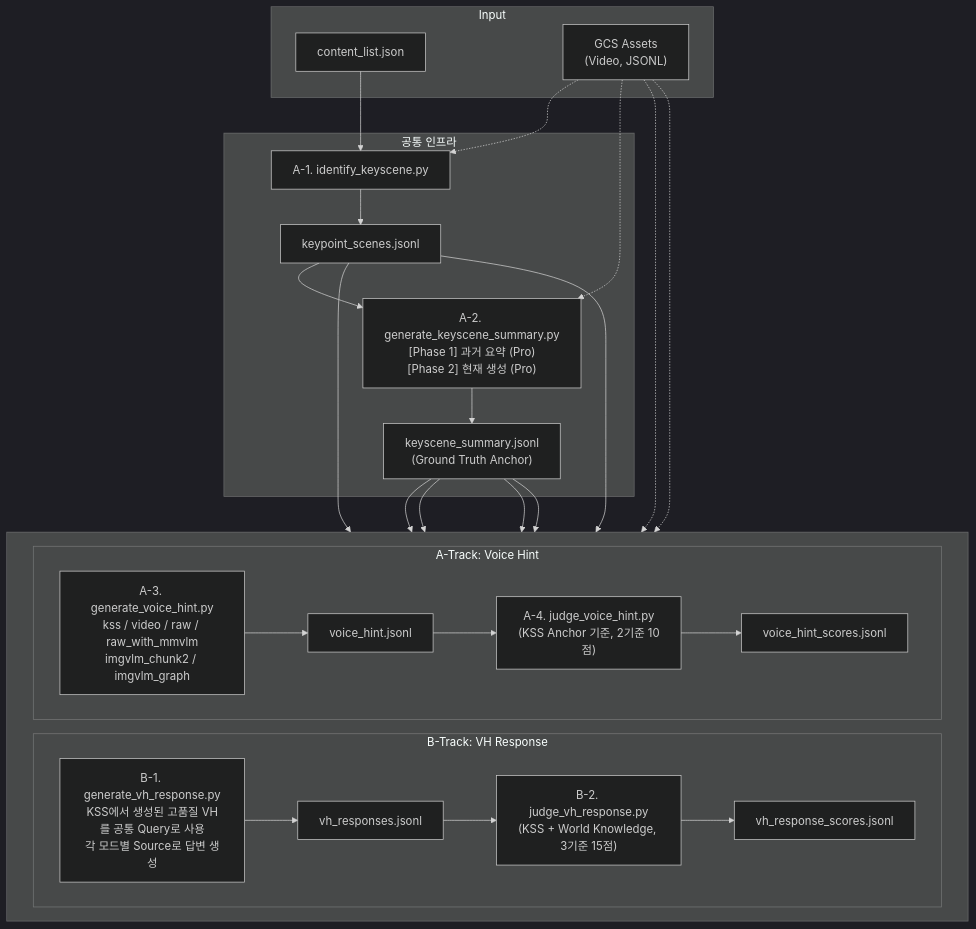
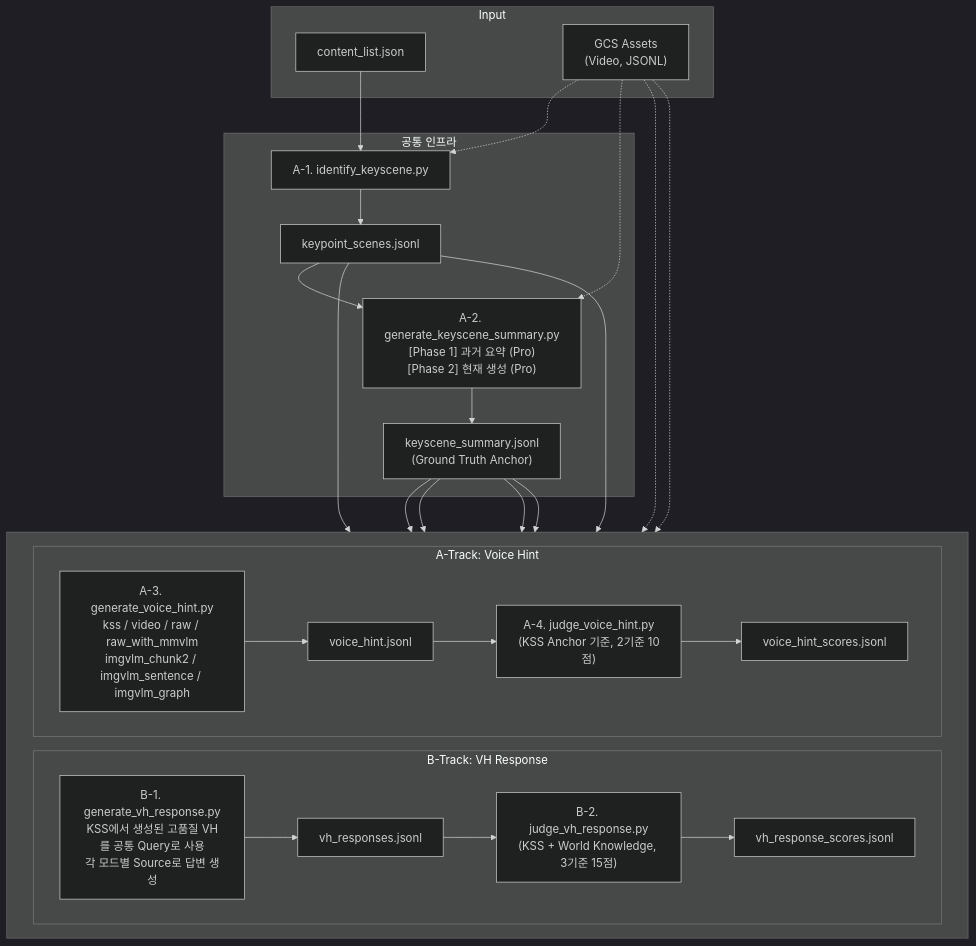
Before and after one commit to obeychoi0120/LLMJudge: the diagram in README.md, drawn with Mermaid (dark theme). The commit also changed other lines of this file and 6 other files, not shown here.

Commit message:
added imgvlm_sentence mode

````diff
--- a/README.md
+++ b/README.md
@@ -61,53 +63,53 @@
 ```mermaid
 flowchart TD
     subgraph INPUT["Input"]
         CL["content_list.json"]
         GCS["GCS Assets\n(Video, JSONL)"]
     end
 
     subgraph INFRA["공통 인프라"]
         A1["A-1. identify_keyscene.py"]
         KP["keypoint_scenes.jsonl"]
         A2["A-2. generate_keyscene_summary.py\n[Phase 1] 과거 요약 (Pro)\n[Phase 2] 현재 생성 (Pro)"]
         KSS["keyscene_summary.jsonl\n(Ground Truth Anchor)"]
     end
 
     subgraph TRACKS[" "]
         direction LR
         subgraph BTRACK["B-Track: VH Response"]
             B1["B-1. generate_vh_response.py\nKSS에서 생성된 고품질 VH를 공통 Query로 사용\n각 모드별 Source로 답변 생성"]
             VHR["vh_responses.jsonl"]
             B2["B-2. judge_vh_response.py\n(KSS + World Knowledge, 3기준 15점)"]
             VHRS["vh_response_scores.jsonl"]
         end
         subgraph ATRACK["A-Track: Voice Hint"]
-            A3["A-3. generate_voice_hint.py\nkss / video / raw / raw_with_mmvlm\nimgvlm_chunk2 / imgvlm_graph"]
+            A3["A-3. generate_voice_hint.py\nkss / video / raw / raw_with_mmvlm\nimgvlm_chunk2 / imgvlm_sentence / imgvlm_graph"]
             VH["voice_hint.jsonl"]
             A4["A-4. judge_voice_hint.py\n(KSS Anchor 기준, 2기준 10점)"]
             VHS["voice_hint_scores.jsonl"]
         end
     end
 
     CL --> A1
     GCS -.-> A1
     A1 --> KP
     KP --> A2
     GCS -.-> A2
     A2 --> KSS
 
     KSS --> A3
     KP --> A3
     GCS -.-> A3
     A3 --> VH
     VH --> A4
     KSS --> A4
     A4 --> VHS
 
     KSS --> B1
     KP --> B1
     GCS -.-> B1
     B1 --> VHR
     VHR --> B2
     KSS --> B2
     B2 --> VHRS
 ```
````
